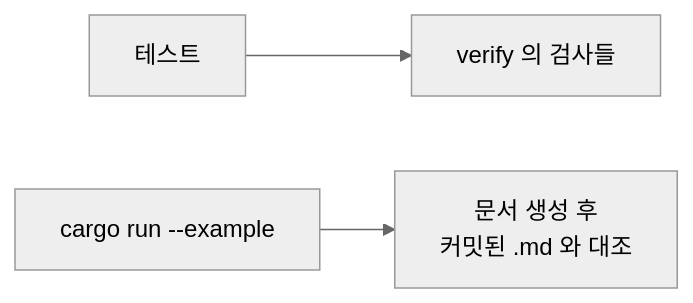
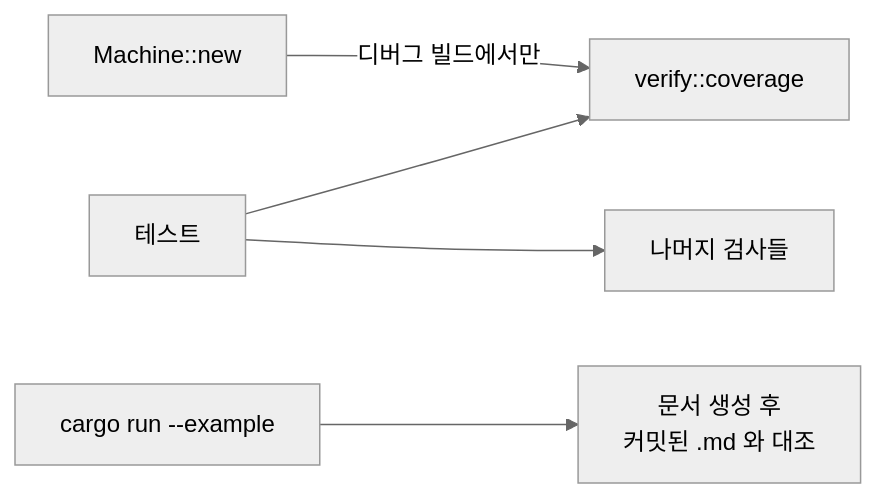
One commit to 4artit/declared changed the diagram in docs/4-verification.md. Above: the diagram before and after it, drawn with Mermaid (neutral theme). The commit also changed other lines of this file and 22 other files, not shown here.

Commit message:
rollback sm deletion / change diagram generation uses events(when) for the source

````diff
--- a/docs/4-verification.md
+++ b/docs/4-verification.md
@@ -8,5 +8,7 @@
 ```mermaid
 flowchart LR
-    T["테스트"] --> O["verify 의 검사들"]
+    N["Machine::new"] -->|디버그 빌드에서만| C["verify::coverage"]
+    T["테스트"] --> C
+    T --> O["나머지 검사들"]
     R["cargo run --example"] --> G["문서 생성 후<br/>커밋된 .md 와 대조"]
 ```
````
